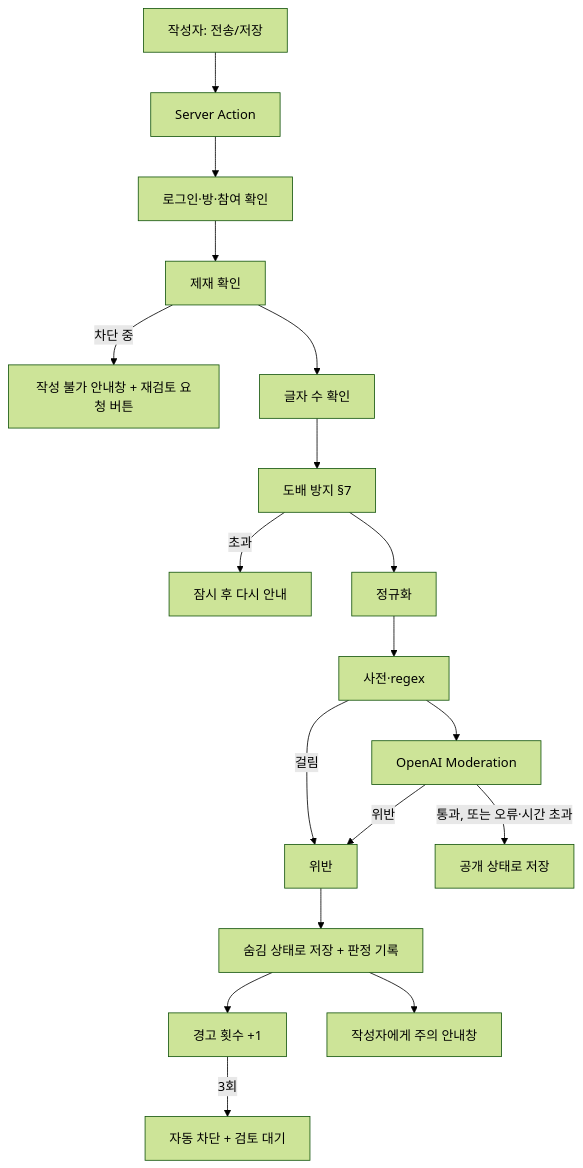
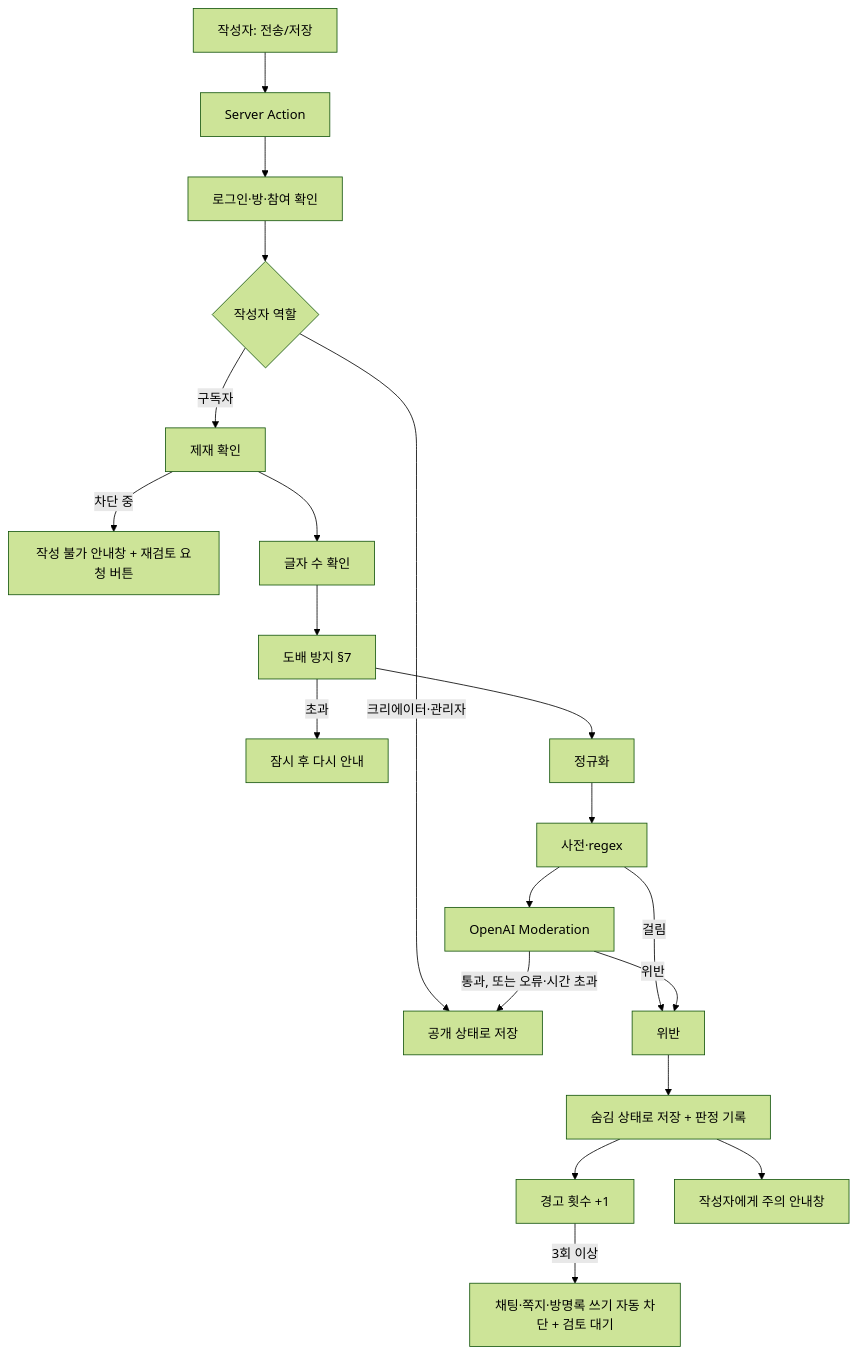
Before and after one commit to jimin-ni/CMMS: the diagram in docs/planning/12-moderation.md, drawn with Mermaid (forest theme). The commit also changed other lines of this file and 2 other files, not shown here.

First line of the commit message:
docs: 모더레이션 범위 조정 (구독자 글만 판정, 자동 차단은 세 기능 쓰기만, 해지해도 경고 유지, 탈퇴 후 이메일 보관, 방명록은 이름만)

````diff
--- a/docs/planning/12-moderation.md
+++ b/docs/planning/12-moderation.md
@@ -30,20 +31,22 @@
 ```mermaid
 flowchart TD
   A[작성자: 전송/저장] --> B[Server Action]
   B --> C[로그인·방·참여 확인]
-  C --> D[제재 확인]
+  C --> R{작성자 역할}
+  R -->|크리에이터·관리자| P[공개 상태로 저장]
+  R -->|구독자| D[제재 확인]
   D -->|차단 중| D1[작성 불가 안내창 + 재검토 요청 버튼]
   D --> E[글자 수 확인]
   E --> F[도배 방지 §7]
   F -->|초과| F1[잠시 후 다시 안내]
   F --> G[정규화]
   G --> H[사전·regex]
   H -->|걸림| X[위반]
   H --> I[OpenAI Moderation]
   I -->|위반| X
-  I -->|통과, 또는 오류·시간 초과| P[공개 상태로 저장]
+  I -->|통과, 또는 오류·시간 초과| P
   X --> X1[숨김 상태로 저장 + 판정 기록]
   X1 --> X2[경고 횟수 +1]
-  X2 -->|3회| X3[자동 차단 + 검토 대기]
+  X2 -->|3회 이상| X3[채팅·쪽지·방명록 쓰기 자동 차단 + 검토 대기]
   X1 --> X4[작성자에게 주의 안내창]
 ```
````
